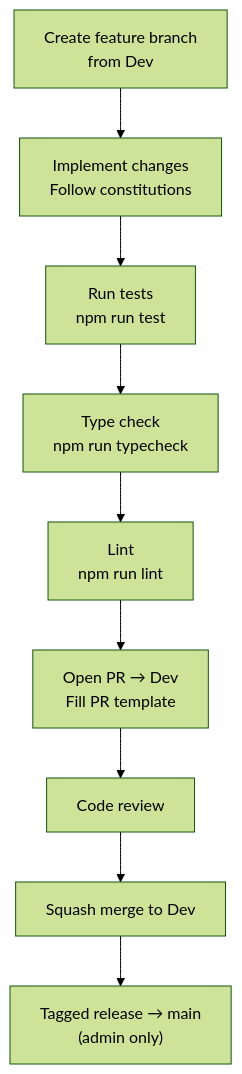
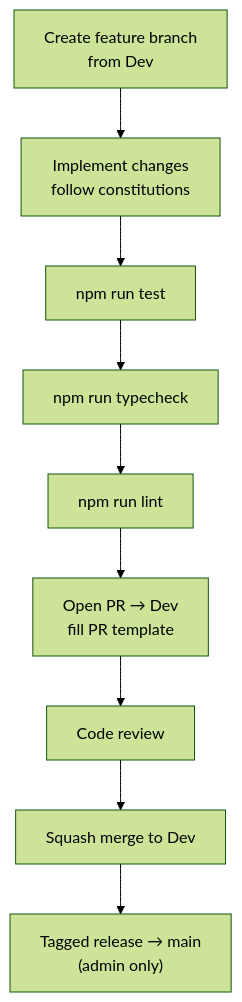
The diagram in CONTRIBUTING.md (KSDRILL-SA/Xkimi-Xa-Mali), drawn with Mermaid (forest theme) before and after one commit. The commit also changed other lines of this file and 2 other files, not shown here.

Commit message:
docs: tighten root readme, index, and contributing (#186)
Rewrite README with a system diagram and an accurate feature set (ledger,
inbox, badges, community, budgets, signatures, insights); fix broken doc links
(docs/erd.md, docs/security-model.md). Repoint the docs index to the real flow
filenames. Correct CONTRIBUTING (env path, Prisma 6, forward-only migrations).
Switch Mermaid line breaks to br for reliable GitHub rendering.

````diff
--- a/CONTRIBUTING.md
+++ b/CONTRIBUTING.md
@@ -43,14 +43,14 @@
 ```mermaid
 flowchart TD
-    BRANCH["Create feature branch\nfrom Dev"]
-    CODE["Implement changes\nFollow constitutions"]
-    TESTS["Run tests\nnpm run test"]
-    TYPECHECK["Type check\nnpm run typecheck"]
-    LINT["Lint\nnpm run lint"]
-    PR["Open PR → Dev\nFill PR template"]
+    BRANCH["Create feature branch<br/>from Dev"]
+    CODE["Implement changes<br/>follow constitutions"]
+    TESTS["npm run test"]
+    TYPECHECK["npm run typecheck"]
+    LINT["npm run lint"]
+    PR["Open PR → Dev<br/>fill PR template"]
     REVIEW["Code review"]
     MERGE["Squash merge to Dev"]
-    RELEASE["Tagged release → main\n(admin only)"]
+    RELEASE["Tagged release → main<br/>(admin only)"]
 
     BRANCH --> CODE --> TESTS --> TYPECHECK --> LINT --> PR --> REVIEW --> MERGE --> RELEASE
 ```
````
